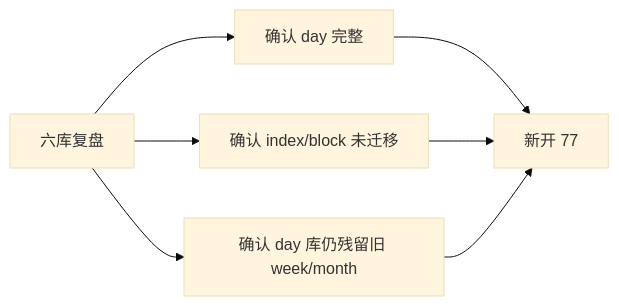
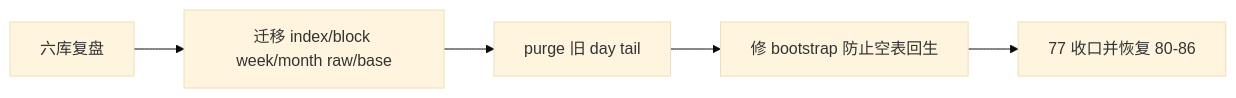
One commit to everything-is-simple/lifespan-0.01 changed the diagram in docs/03-execution/records/77-raw-base-timeframe-split-tail-completion-record-20260418.md. Above: the diagram before and after it, drawn with Mermaid (base theme). The commit also changed other lines of this file and 14 other files, not shown here.

Commit message:
data: close raw base split tail

````diff
--- a/docs/03-execution/records/77-raw-base-timeframe-split-tail-completion-record-20260418.md
+++ b/docs/03-execution/records/77-raw-base-timeframe-split-tail-completion-record-20260418.md
@@ -24,9 +29,7 @@
 ```mermaid
 flowchart LR
-    A["六库复盘"] --> B["确认 day 完整"]
-    A --> C["确认 index/block 未迁移"]
-    A --> D["确认 day 库仍残留旧 week/month"]
-    B --> E["新开 77"]
-    C --> E
-    D --> E
+    A["六库复盘"] --> B["迁移 index/block week/month raw/base"]
+    B --> C["purge 旧 day tail"]
+    C --> D["修 bootstrap 防止空表回生"]
+    D --> E["77 收口并恢复 80-86"]
 ```
````
